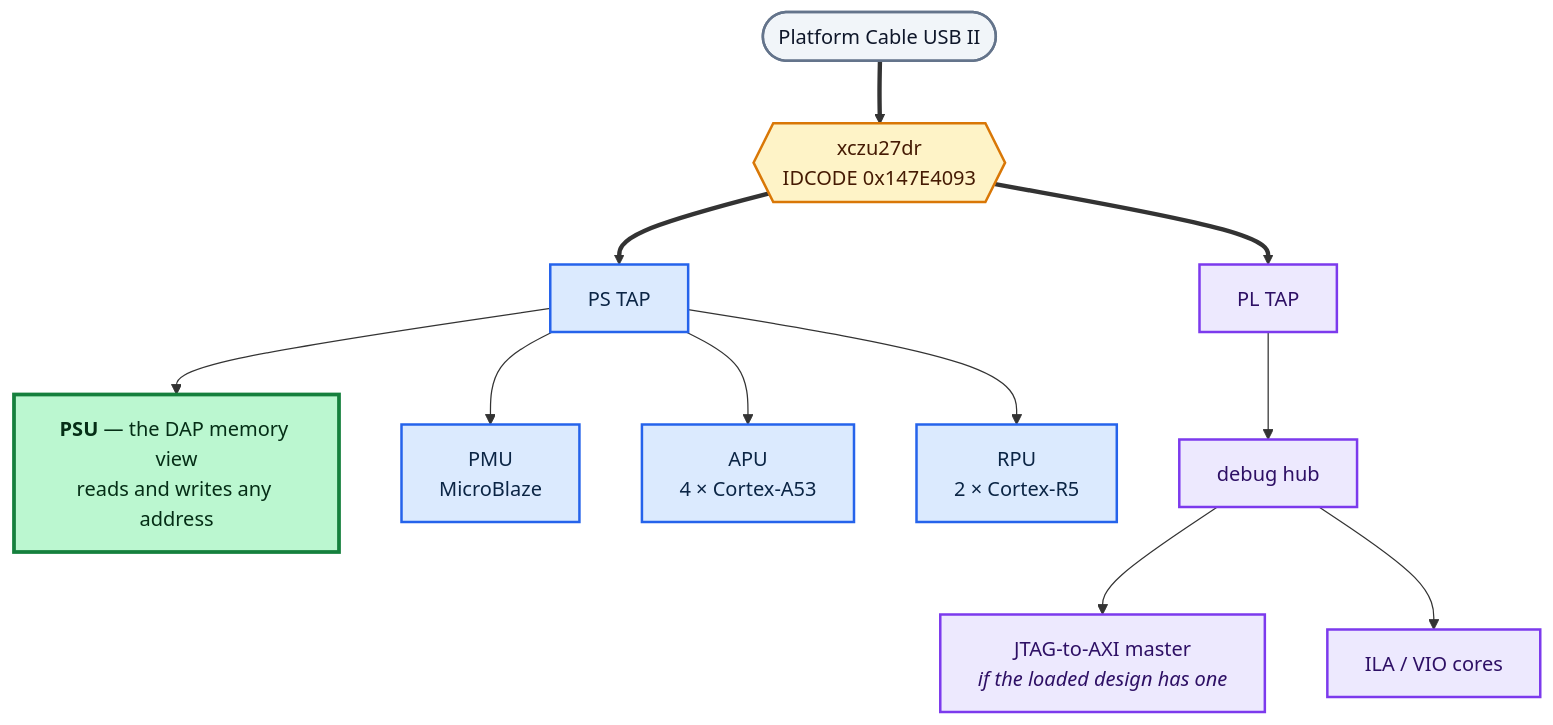
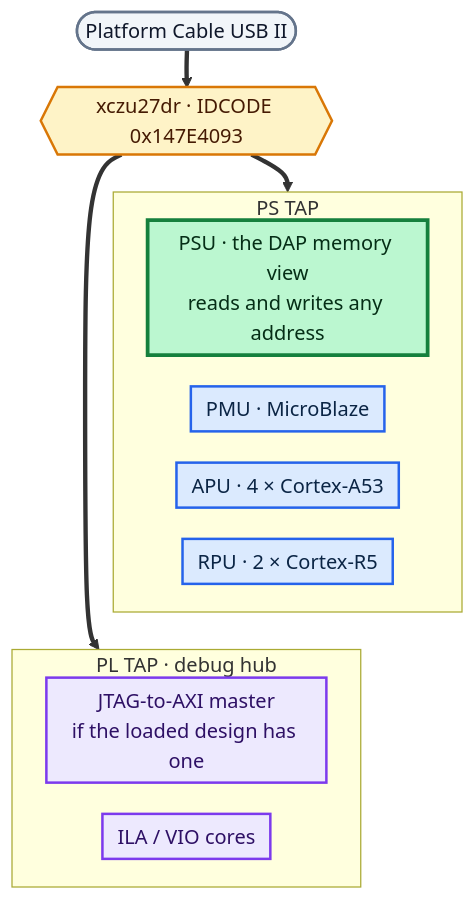
Before and after one commit to JutsFunFor/xczu27dr-rfsoc: the diagram in jtag/README.md, drawn with Mermaid. The commit also changed 7 other files, not shown here.

````diff
--- a/jtag/README.md
+++ b/jtag/README.md
@@ -33,30 +33,34 @@
 ```mermaid
+%%{init: {"flowchart": {"nodeSpacing": 25, "rankSpacing": 30, "padding": 6}}}%%
 flowchart TD
   CABLE(["Platform Cable USB II"])
-  TAP{{"xczu27dr<br/>IDCODE 0x147E4093"}}
+  TAP{{"xczu27dr · IDCODE 0x147E4093"}}
   CABLE ==> TAP
+  TAP ==> PSD
+  TAP ==> PLD
+  PSD ~~~ PLD
 
-  TAP ==> PSTAP["PS TAP"]
-  TAP ==> PLTAP["PL TAP"]
+  subgraph PSD["PS TAP"]
+    PSU["PSU · the DAP memory view<br/>reads and writes any address"]
+    PMU["PMU · MicroBlaze"]
+    APU["APU · 4 × Cortex-A53"]
+    RPU["RPU · 2 × Cortex-R5"]
+  end
 
-  PSTAP --> PSU["<b>PSU</b> — the DAP memory view<br/>reads and writes any address"]
-  PSTAP --> PMU["PMU<br/>MicroBlaze"]
-  PSTAP --> APU["APU<br/>4 × Cortex-A53"]
-  PSTAP --> RPU["RPU<br/>2 × Cortex-R5"]
-
-  PLTAP --> HUB["debug hub"]
-  HUB --> AXI["JTAG-to-AXI master<br/><i>if the loaded design has one</i>"]
-  HUB --> ILA["ILA / VIO cores"]
+  subgraph PLD["PL TAP · debug hub"]
+    AXI["JTAG-to-AXI master<br/>if the loaded design has one"]
+    ILA["ILA / VIO cores"]
+  end
 
   classDef ps    fill:#dbeafe,stroke:#2563eb,stroke-width:2px,color:#0b2545
   classDef pl    fill:#ede9fe,stroke:#7c3aed,stroke-width:2px,color:#2e1065
   classDef clk   fill:#fef3c7,stroke:#d97706,stroke-width:2px,color:#451a03
   classDef ext   fill:#f1f5f9,stroke:#64748b,stroke-width:2px,color:#0f172a
   classDef star  fill:#bbf7d0,stroke:#15803d,stroke-width:3px,color:#052e16
 
-  class PSTAP,PMU,APU,RPU ps
-  class PLTAP,HUB,AXI,ILA pl
+  class PMU,APU,RPU ps
+  class AXI,ILA pl
   class TAP clk
   class CABLE ext
   class PSU star
 ```
````
